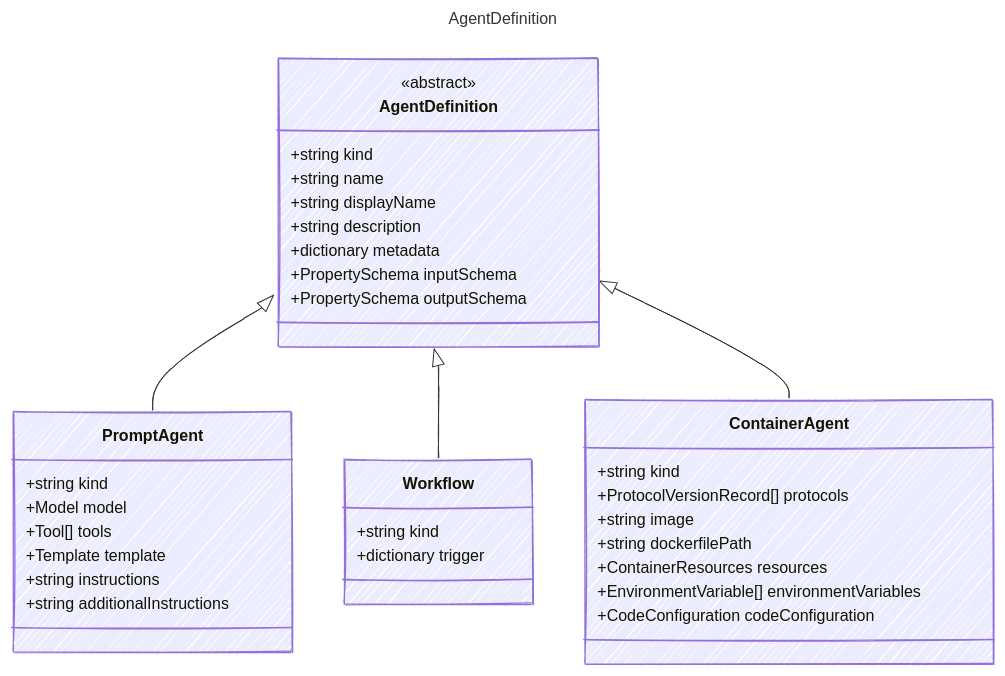
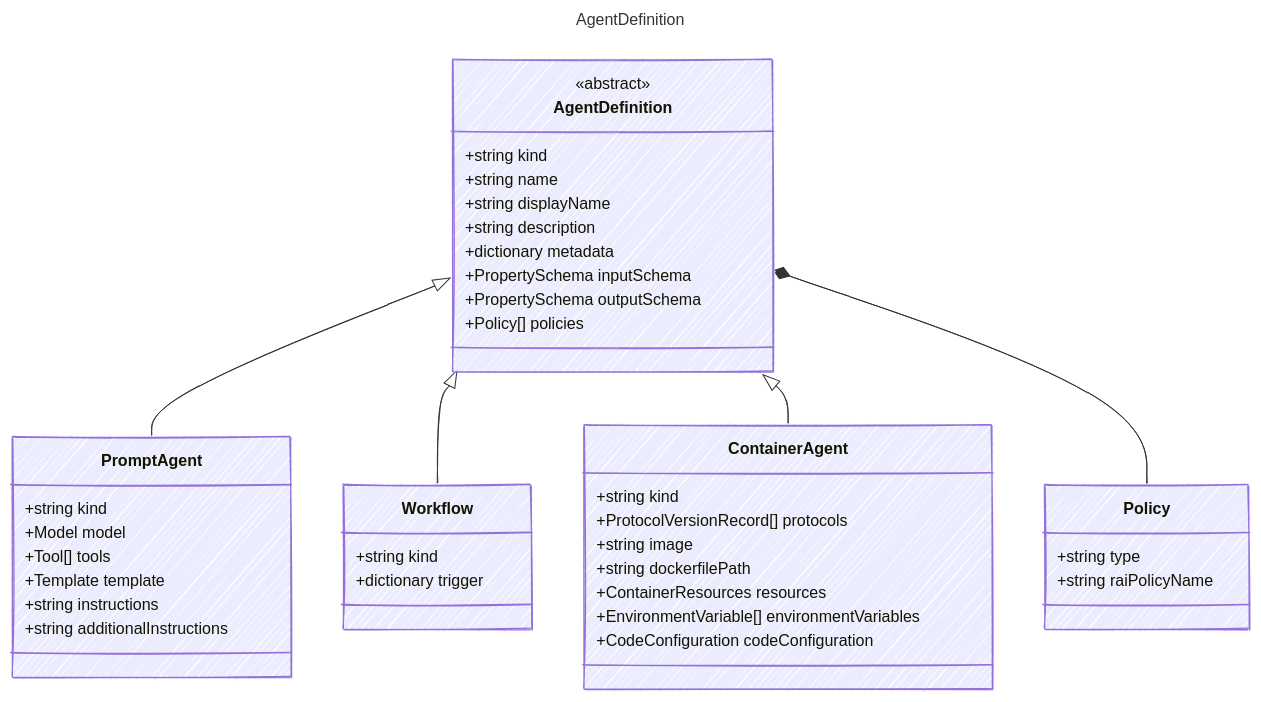
The diagram in docs/src/content/docs/reference/AgentDefinition.md (microsoft/AgentSchema), drawn with Mermaid before and after one commit. The commit also changed other lines of this file and 35 other files, not shown here.

First line of the commit message:
Merge pull request #101 from amitbhave10/feature/agent-policies-rai-config

````diff
--- a/docs/src/content/docs/reference/AgentDefinition.md
+++ b/docs/src/content/docs/reference/AgentDefinition.md
@@ -14,45 +14,51 @@
 ```mermaid
 ---
 title: AgentDefinition
 config:
   look: handDrawn
   theme: colorful
   class:
     hideEmptyMembersBox: true
 ---
 classDiagram
     class AgentDefinition {
       <<abstract>>
         +string kind
         +string name
         +string displayName
         +string description
         +dictionary metadata
         +PropertySchema inputSchema
         +PropertySchema outputSchema
+        +Policy[] policies
     }
     class PromptAgent {
         +string kind
         +Model model
         +Tool[] tools
         +Template template
         +string instructions
         +string additionalInstructions
     }
     AgentDefinition <|-- PromptAgent
     class Workflow {
         +string kind
         +dictionary trigger
     }
     AgentDefinition <|-- Workflow
     class ContainerAgent {
         +string kind
         +ProtocolVersionRecord[] protocols
         +string image
         +string dockerfilePath
         +ContainerResources resources
         +EnvironmentVariable[] environmentVariables
         +CodeConfiguration codeConfiguration
     }
     AgentDefinition <|-- ContainerAgent
+    class Policy {
+        +string type
+        +string raiPolicyName
+    }
+    AgentDefinition *-- Policy
 ```
````
